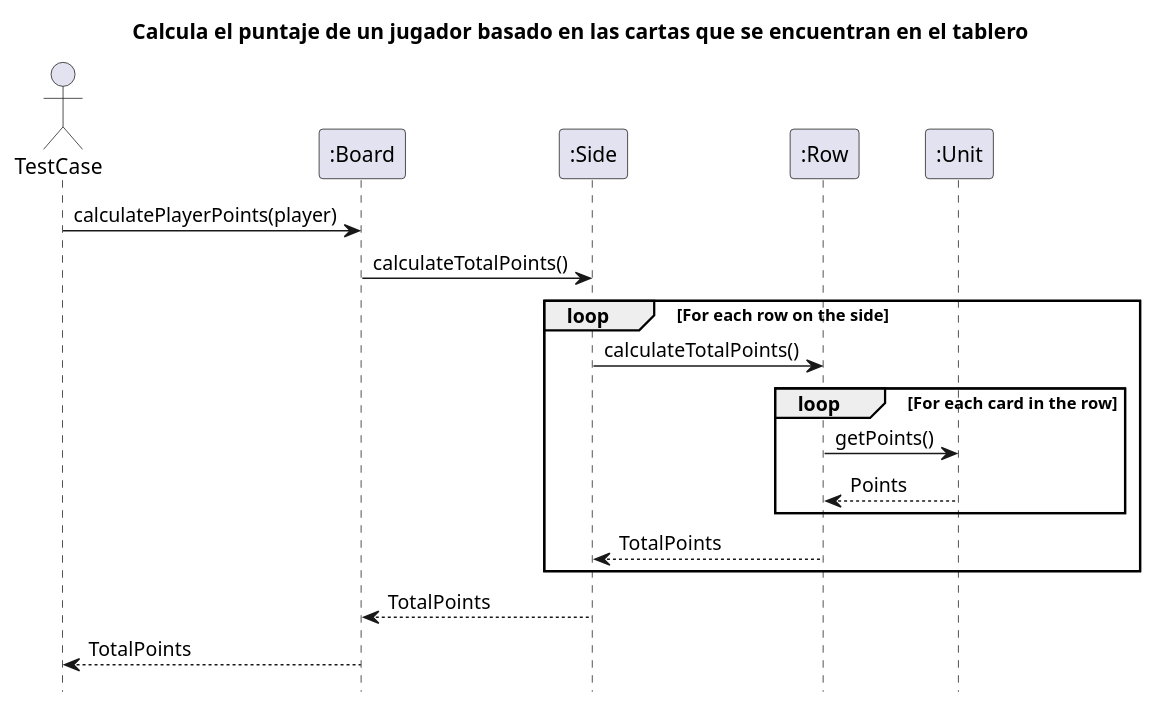
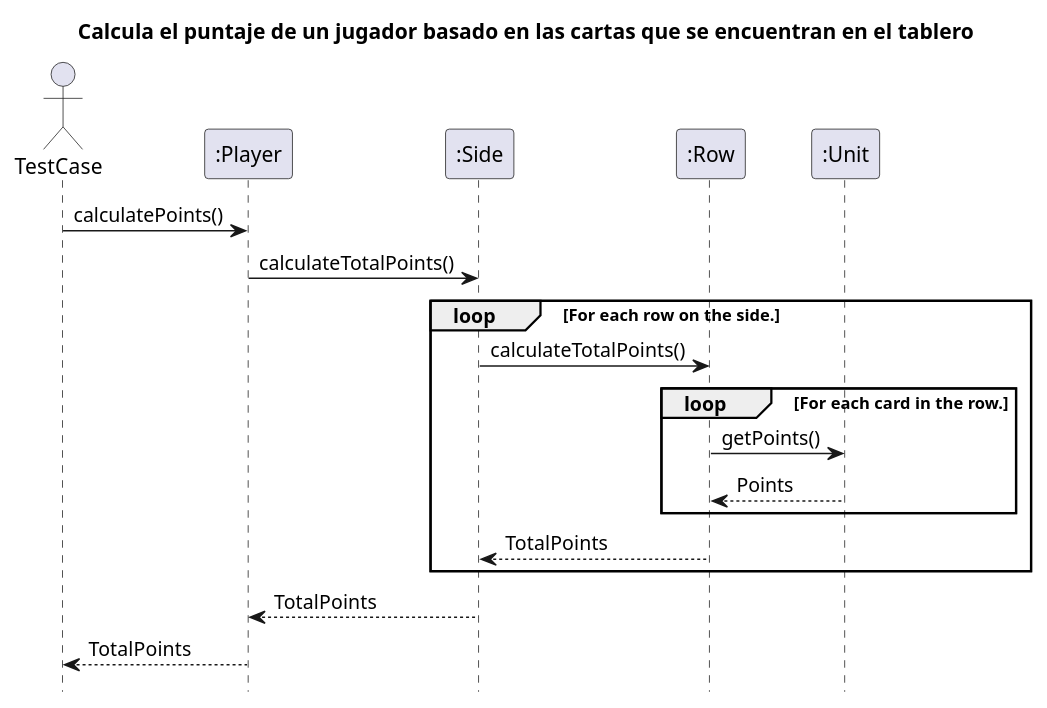
Before and after one commit to Yonhir/algo3_proyecto_base_tp2: the diagram in diagrams/sequences/seq1.plantuml, drawn with PlantUML. The commit also changed 12 other files, not shown here.

Commit message:
Issue 14 - Actualización diagramas (#9)

```diff
--- a/diagrams/sequences/seq1.plantuml
+++ b/diagrams/sequences/seq1.plantuml
@@ -1,30 +1,30 @@
-@startuml DiagramaDeSecuencia1
+@startuml
 
 hide footbox
-
-title: Calcula el puntaje de un jugador basado en las cartas que se encuentran en el tablero
+title Calcula el puntaje de un jugador basado en las cartas que se encuentran en el tablero
 
 actor TestCase
-participant ":Board" as board
+
+participant ":Player" as player
 participant ":Side" as side
 participant ":Row" as row
 participant ":Unit" as unit
 
-TestCase -> board : calculatePlayerPoints(player)
-board -> side : calculateTotalPoints()
+TestCase -> player : calculatePoints()
+player -> side : calculateTotalPoints()
 
-loop For each row on the side
+loop For each row on the side.
     side -> row : calculateTotalPoints()
 
-    loop For each card in the row
+    loop For each card in the row.
         row -> unit : getPoints()
         unit --> row : Points
     end
 
     row --> side : TotalPoints
 end
 
-side --> board : TotalPoints
-board --> TestCase : TotalPoints
+side --> player : TotalPoints
+player --> TestCase : TotalPoints
 
 @enduml
```
